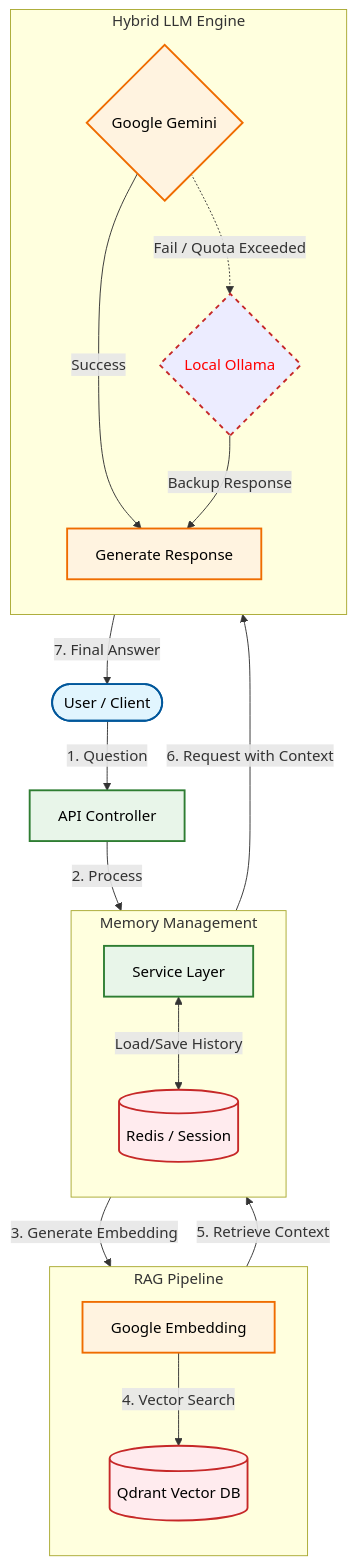
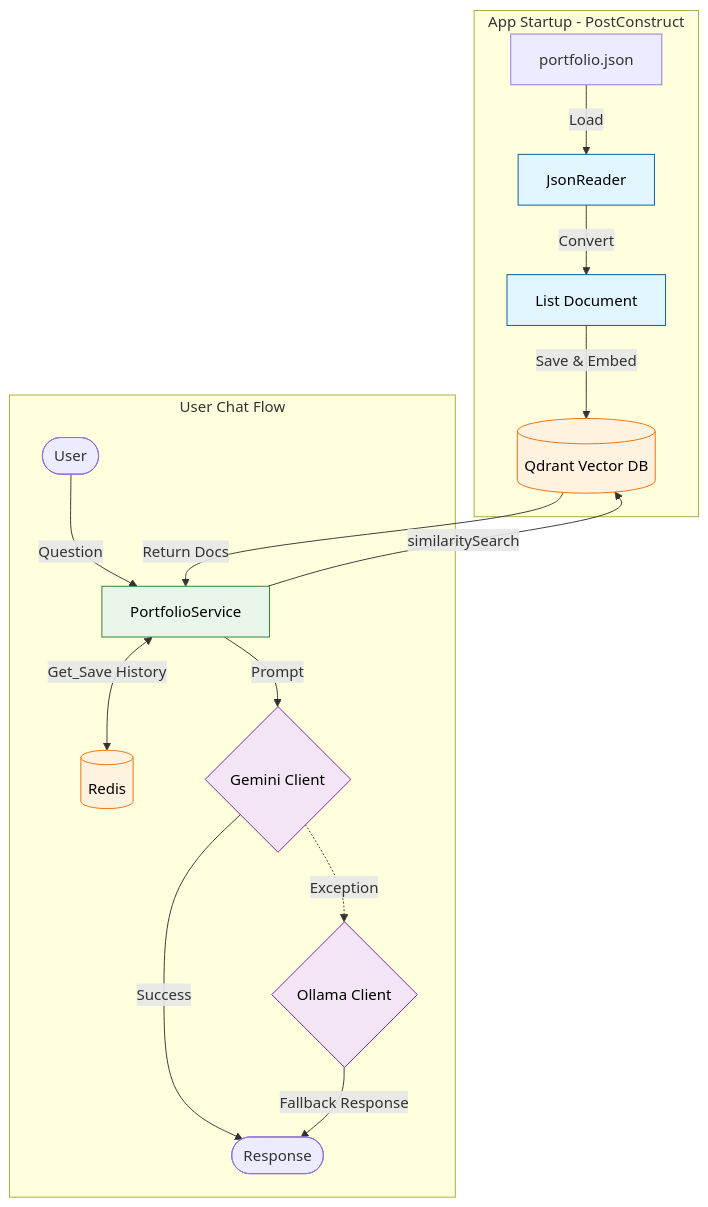
The diagram in README.md (BugShelter/Portfolio), drawn with Mermaid before and after one commit. The commit also changed other lines of this file, not shown here.

````diff
--- a/README.md
+++ b/README.md
@@ -14,35 +14,33 @@
 ```mermaid
 graph TD
-    classDef frontend fill:#E1F5FE,stroke:#01579B,stroke-width:2px,color:black;
-    classDef backend fill:#E8F5E9,stroke:#2E7D32,stroke-width:2px,color:black;
-    classDef ai fill:#FFF3E0,stroke:#EF6C00,stroke-width:2px,color:black;
-    classDef db fill:#FFEBEE,stroke:#C62828,stroke-width:2px,color:black;
-    classDef fail stroke:#C62828,stroke-width:2px,stroke-dasharray: 5 5,color:red;
+    %% 스타일 정의
+    classDef init fill:#E1F5FE,stroke:#01579B,color:black;
+    classDef runtime fill:#E8F5E9,stroke:#2E7D32,color:black;
+    classDef db fill:#FFF3E0,stroke:#EF6C00,color:black;
+    classDef ai fill:#F3E5F5,stroke:#7B1FA2,color:black;
 
-    User([User / Client]) -->|1. Question| Controller[API Controller]:::backend
-    Controller -->|2. Process| Service[Service Layer]:::backend
-
-    subgraph Memory_System [Memory Management]
-        direction TB
-        Service <-->|Load/Save History| Redis[(Redis / Session)]:::db
+    %% 1. 서버 시작 시 (Init)
+    subgraph Startup_Phase [App Startup - PostConstruct]
+        Json[portfolio.json] -->|Load| Reader[JsonReader]:::init
+        Reader -->|Convert| Docs[List Document]:::init
+        Docs -->|Save & Embed| Qdrant[(Qdrant Vector DB)]:::db
     end
 
-    subgraph RAG_System [RAG Pipeline]
-        direction TB
-        Service -->|3. Generate Embedding| EmbedModel[Google Embedding]:::ai
-        EmbedModel -->|4. Vector Search| Qdrant[(Qdrant Vector DB)]:::db
-        Qdrant -->|5. Retrieve Context| Service
+    %% 2. 사용자 채팅 시 (Runtime)
+    subgraph Chat_Phase [User Chat Flow]
+        User([User]) -->|Question| Service[PortfolioService]:::runtime
+        
+        %% RAG 검색 (Service -> VectorStore)
+        Service -->|similaritySearch| Qdrant
+        Qdrant -->|Return Docs| Service
+        
+        %% Redis 기록
+        Service <-->|Get_Save History| Redis[(Redis)]:::db
+
+        %% AI 호출 (Gemini -> Fail -> Ollama)
+        Service -->|Prompt| Gemini{Gemini Client}:::ai
+        Gemini -->|Success| Response([Response])
+        Gemini -.->|Exception| Ollama{Ollama Client}:::ai
+        Ollama -->|Fallback Response| Response
     end
-    
-    subgraph LLM_Strategy [Hybrid LLM Engine]
-        direction TB
-        Service -->|6. Request with Context| Gemini{Google Gemini}:::ai
-        Gemini -->|Success| FinalRes[Generate Response]:::ai
-        Gemini -.->|Fail / Quota Exceeded| LocalLLM{Local Ollama}:::fail
-        LocalLLM -->|Backup Response| FinalRes
-    end
-
-    FinalRes -->|7. Final Answer| User
-
-    class User frontend;
 ```
````
